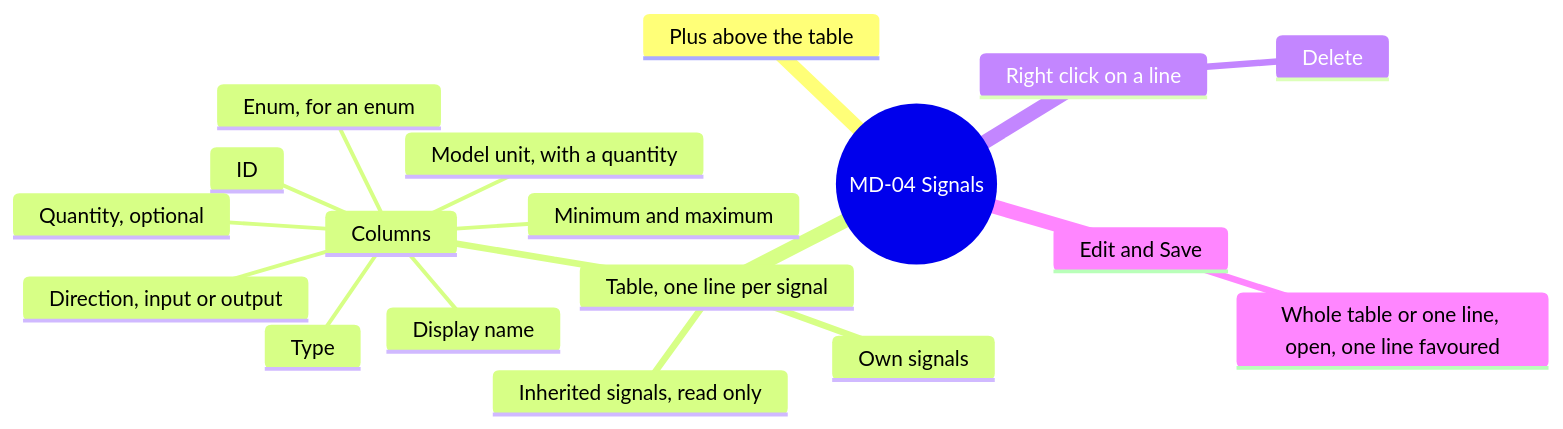
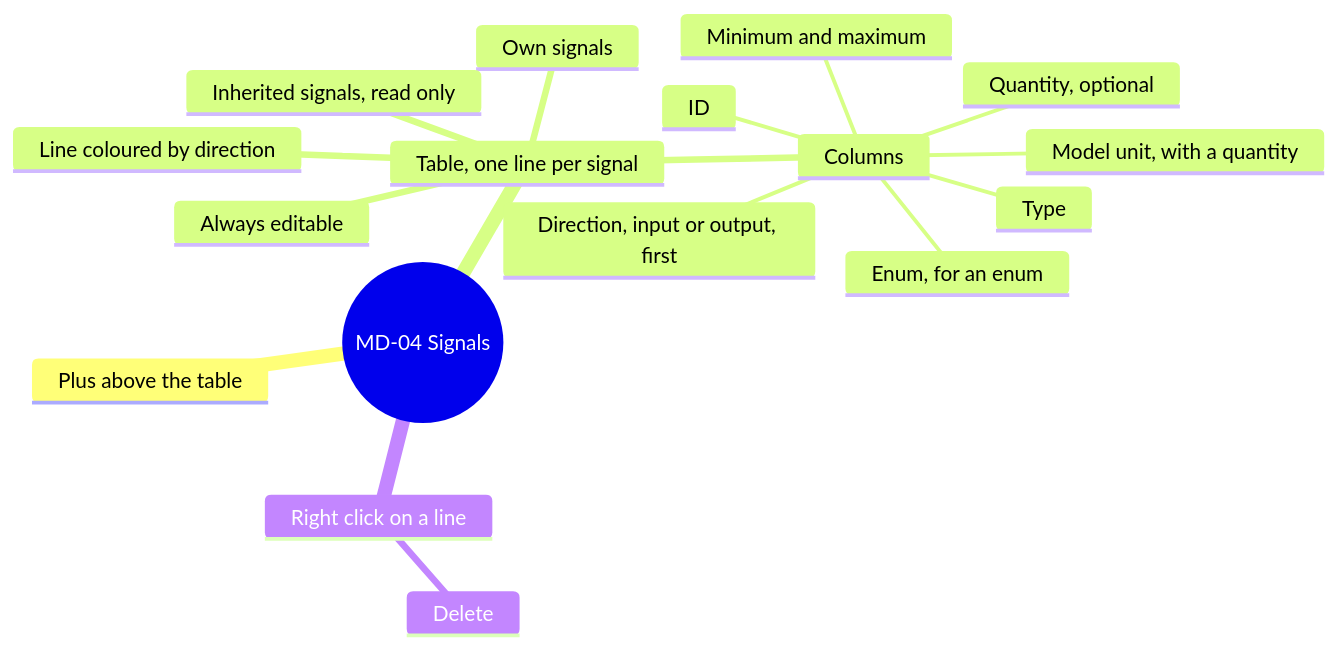
Before and after one commit to AlexandreGallais/synoptic-studio-spec: the seventh of 14 diagrams in screens/metadata.md, drawn with Mermaid. The commit also changed other lines of this file and 11 other files, not shown here.

First line of the commit message:
docs(metadata): replace edit and save with versions, rework signals and commands

````diff
--- a/screens/metadata.md
+++ b/screens/metadata.md
@@ -172,21 +172,20 @@
 ```mermaid
 mindmap
   root((MD-04 Signals))
     Plus above the table
     Table, one line per signal
       Own signals
       Inherited signals, read only
+      Always editable
+      Line coloured by direction
       Columns
+        Direction, input or output, first
         ID
-        Display name
         Type
         Enum, for an enum
         Quantity, optional
         Model unit, with a quantity
         Minimum and maximum
-        Direction, input or output
     Right click on a line
       Delete
-    Edit and Save
-      Whole table or one line, open, one line favoured
 ```
````
